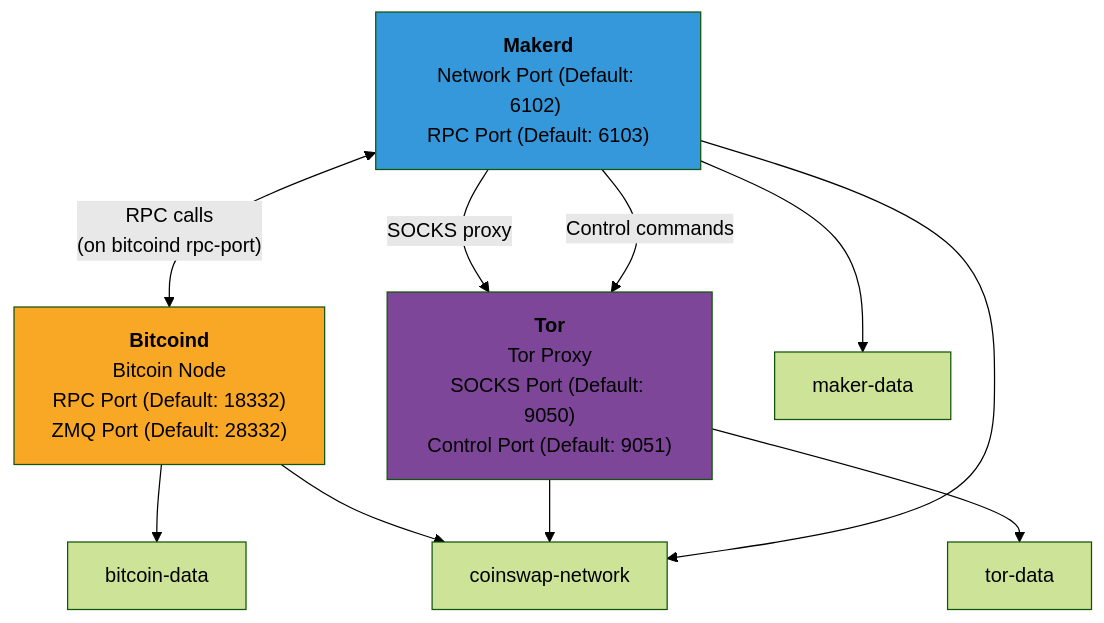
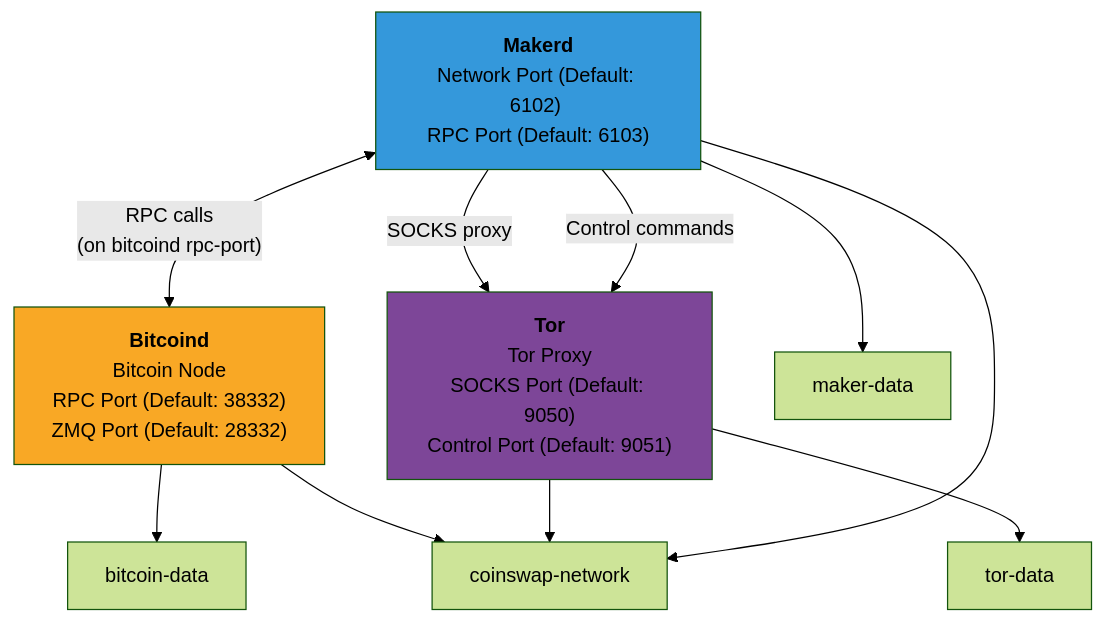
Before and after one commit to citadel-tech/coinswap: the diagram in docs/docker.md, drawn with Mermaid (forest theme). The commit also changed other lines of this file and 4 other files, not shown here.

````diff
--- a/docs/docker.md
+++ b/docs/docker.md
@@ -25,32 +26,32 @@
 ```mermaid
 graph TD
-    bitcoind["<b>Bitcoind</b><br/>Bitcoin Node<br/>RPC Port (Default: 18332)<br/>ZMQ Port (Default: 28332)"]
+    bitcoind["<b>Bitcoind</b><br/>Bitcoin Node<br/>RPC Port (Default: 38332)<br/>ZMQ Port (Default: 28332)"]
     tor["<b>Tor</b><br/>Tor Proxy<br/>SOCKS Port (Default: 9050)<br/>Control Port (Default: 9051)"]
     makerd["<b>Makerd</b><br/>Network Port (Default: 6102) <br/>RPC Port (Default: 6103)"]
     
     bitcoin_vol["bitcoin-data"]
     tor_vol["tor-data"]
     maker_vol["maker-data"]
     
     network["coinswap-network"]
     
     makerd <-->|"RPC calls <br> (on bitcoind rpc-port)"| bitcoind
     makerd -->|SOCKS proxy| tor
     makerd -->|Control commands| tor
     
     bitcoind --> bitcoin_vol
     tor --> tor_vol
     makerd --> maker_vol
     
     bitcoind --> network
     tor --> network
     makerd --> network
     
     style bitcoind fill:#f9a825
     style tor fill:#7d4698
     style makerd fill:#3498db
     style network fill:#e8f4f
     style bitcoin_vol fill:#ecf0f
     style tor_vol fill:#ecf0f
     style maker_vol fill:#fcf0f
 ```
````
